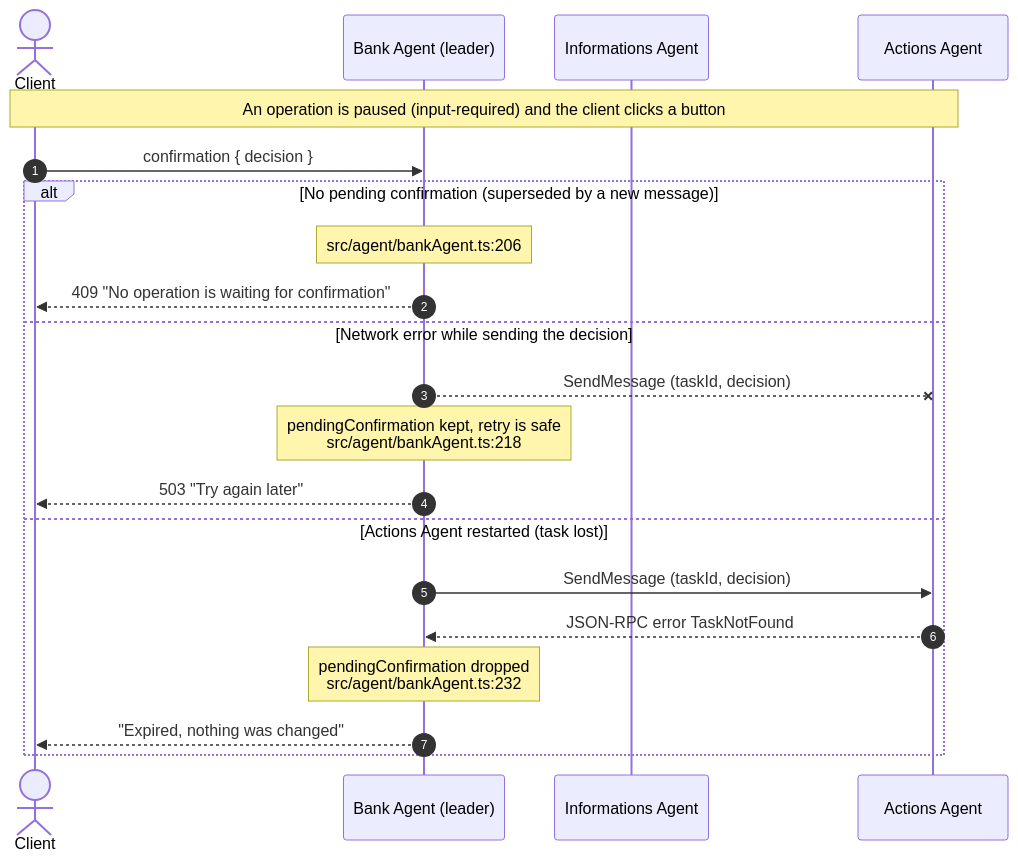
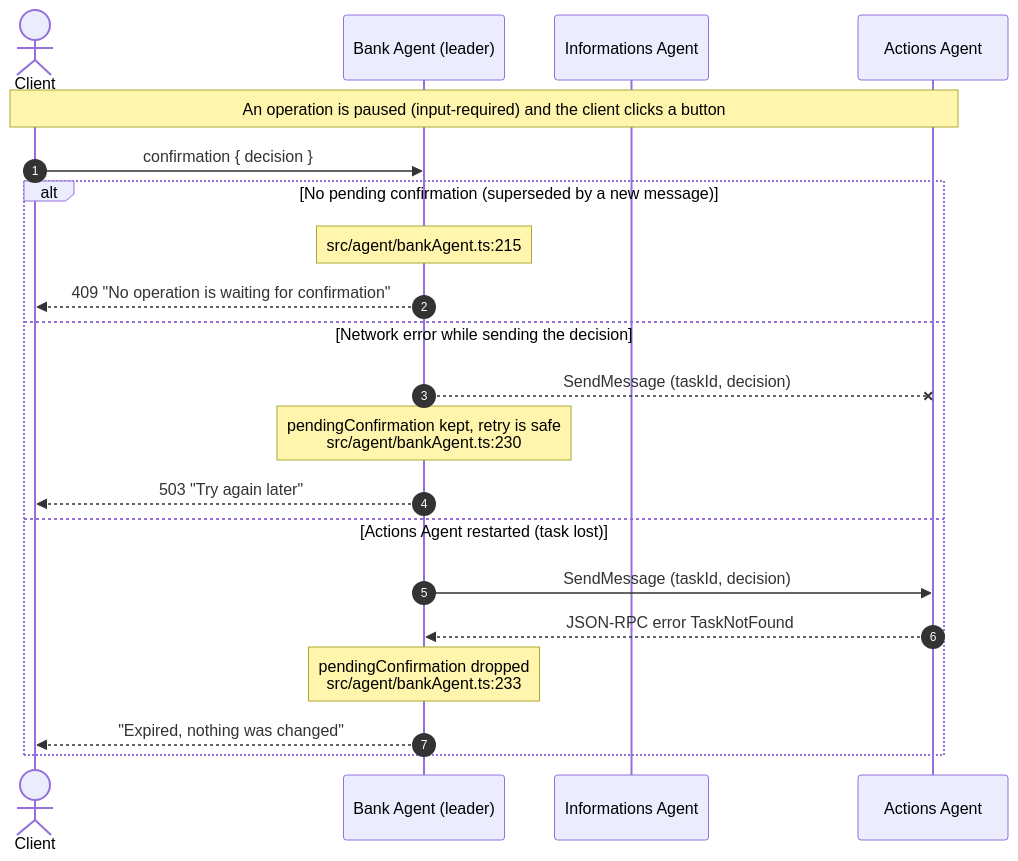
Before and after one commit to Trevodorax/a2a-protocol-poc-and-demo: the diagram in docs/diagrams/a2a-confirmation-errors.mmd, drawn with Mermaid. The commit also changed 23 other files, not shown here.

```diff
--- a/docs/diagrams/a2a-confirmation-errors.mmd
+++ b/docs/diagrams/a2a-confirmation-errors.mmd
@@ -1,23 +1,23 @@
 sequenceDiagram
     autonumber
     actor C as Client
     participant B as Bank Agent (leader)
     participant I as Informations Agent
     participant A as Actions Agent
 
     Note over C,A: An operation is paused (input-required) and the client clicks a button
     C->>B: confirmation { decision }
 
     alt No pending confirmation (superseded by a new message)
-        Note over B: src/agent/bankAgent.ts:206
+        Note over B: src/agent/bankAgent.ts:215
         B-->>C: 409 "No operation is waiting for confirmation"
     else Network error while sending the decision
         B--xA: SendMessage (taskId, decision)
-        Note over B: pendingConfirmation kept, retry is safe<br/>src/agent/bankAgent.ts:218
+        Note over B: pendingConfirmation kept, retry is safe<br/>src/agent/bankAgent.ts:230
         B-->>C: 503 "Try again later"
     else Actions Agent restarted (task lost)
         B->>A: SendMessage (taskId, decision)
         A-->>B: JSON-RPC error TaskNotFound
-        Note over B: pendingConfirmation dropped<br/>src/agent/bankAgent.ts:232
+        Note over B: pendingConfirmation dropped<br/>src/agent/bankAgent.ts:233
         B-->>C: "Expired, nothing was changed"
     end
```
